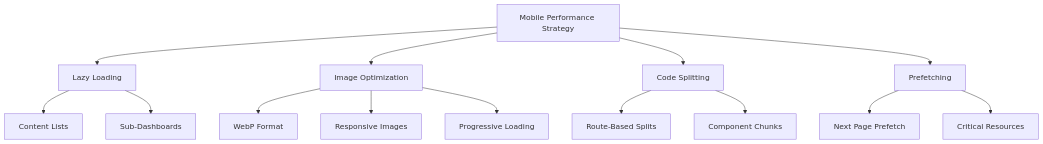
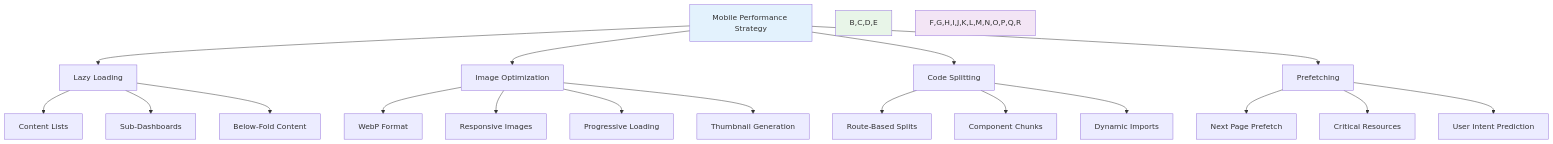
One commit to Justy6674/DSWebsite_next.js changed diagram 19 of 31 in docs/patient-portal-mobile-first-redesign-prd.md. Above: the diagram before and after it, drawn with Mermaid. The commit also changed other lines of this file, not shown here.

First line of the commit message:
fix: Complete Patient Portal PRD with comprehensive mermaid diagrams

````diff
--- a/docs/patient-portal-mobile-first-redesign-prd.md
+++ b/docs/patient-portal-mobile-first-redesign-prd.md
@@ -494,20 +600,28 @@
 ```mermaid
 graph TD
     A[Mobile Performance Strategy] --> B[Lazy Loading]
     A --> C[Image Optimization]
     A --> D[Code Splitting]
     A --> E[Prefetching]
 
     B --> F[Content Lists]
     B --> G[Sub-Dashboards]
+    B --> H[Below-Fold Content]
 
-    C --> H[WebP Format]
-    C --> I[Responsive Images]
-    C --> J[Progressive Loading]
+    C --> I[WebP Format]
+    C --> J[Responsive Images]
+    C --> K[Progressive Loading]
+    C --> L[Thumbnail Generation]
 
-    D --> K[Route-Based Splits]
-    D --> L[Component Chunks]
+    D --> M[Route-Based Splits]
+    D --> N[Component Chunks]
+    D --> O[Dynamic Imports]
 
-    E --> M[Next Page Prefetch]
-    E --> N[Critical Resources]
+    E --> P[Next Page Prefetch]
+    E --> Q[Critical Resources]
+    E --> R[User Intent Prediction]
+
+    style A fill:#e3f2fd
+    style B,C,D,E fill:#e8f5e8
+    style F,G,H,I,J,K,L,M,N,O,P,Q,R fill:#f3e5f5
 ```
````
